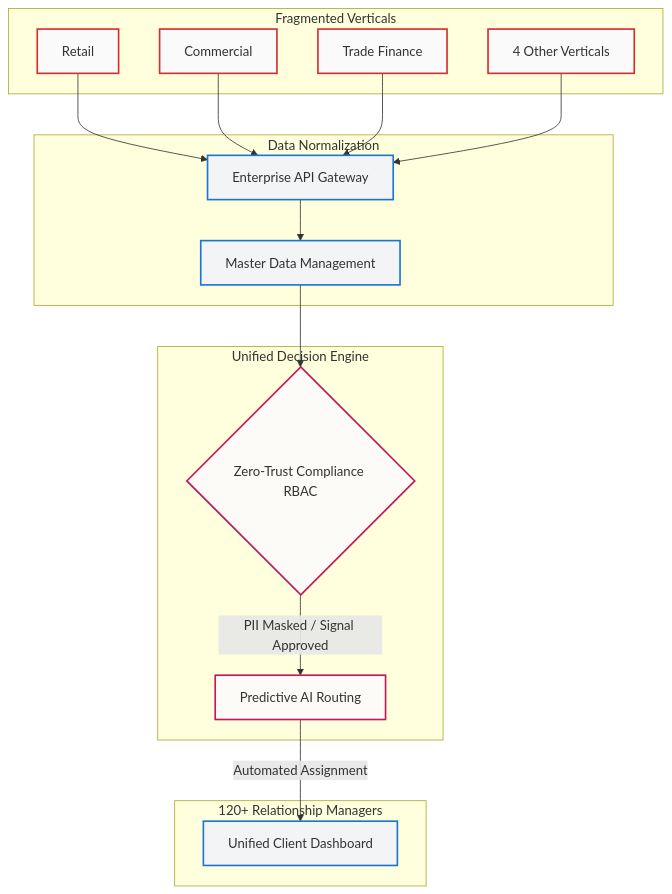
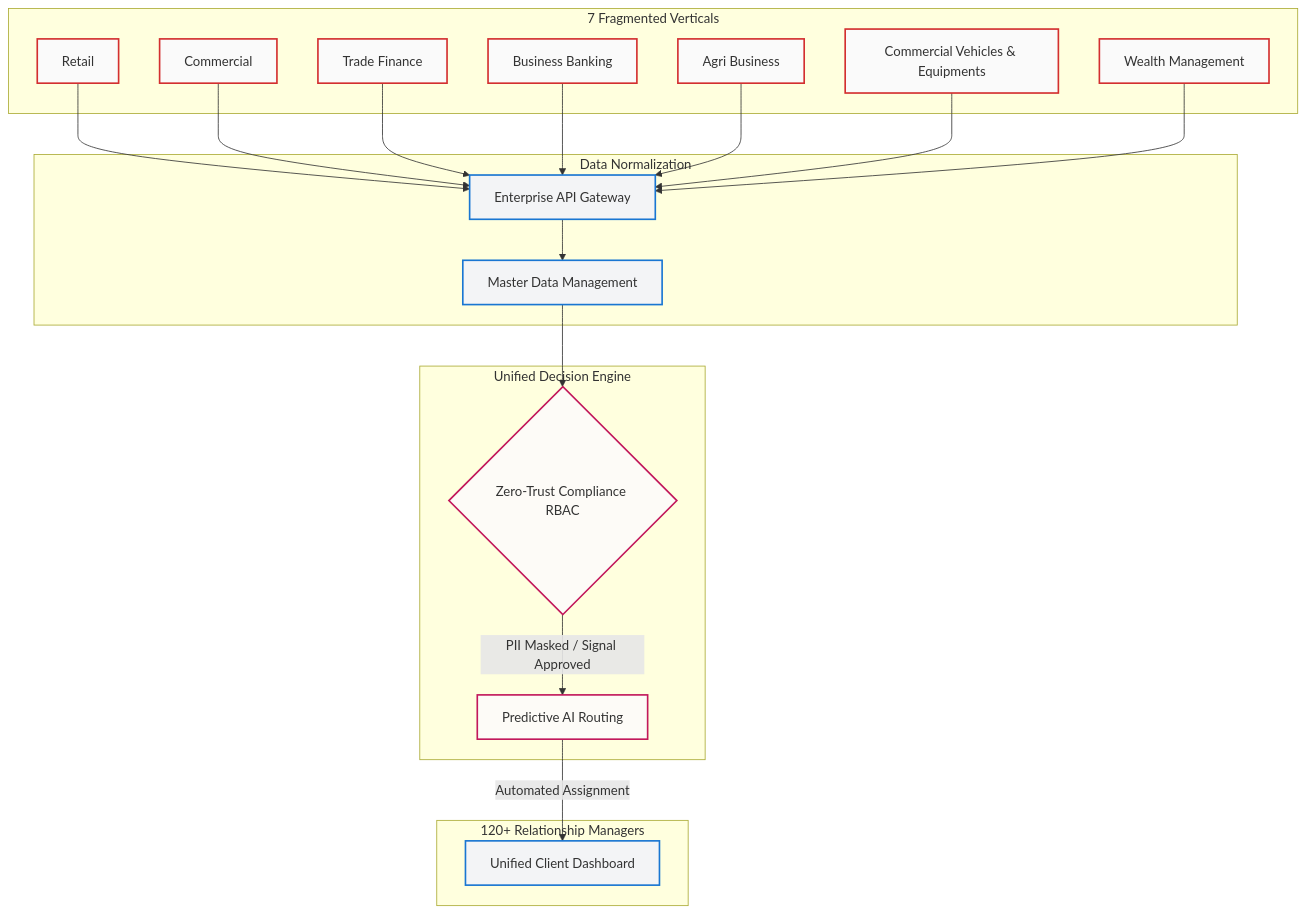
The first of 2 diagrams in README.md (pmatsresources/enterprise-crm-transformation), drawn with Mermaid before and after one commit. The commit also changed other lines of this file, not shown here.

First line of the commit message:
Update README with event-driven architecture details

````diff
--- a/README.md
+++ b/README.md
@@ -26,37 +32,43 @@
 ```mermaid
 graph TD
     classDef legacy fill:#fafafa,stroke:#d32f2f,stroke-width:2px;
     classDef middleware fill:#f3f4f6,stroke:#1976d2,stroke-width:2px;
     classDef oracle fill:#fdfbf7,stroke:#c2185b,stroke-width:2px;
 
-    subgraph Legacy Environment [Fragmented Verticals]
+    subgraph Legacy Environment [7 Fragmented Verticals]
         R[Retail]:::legacy
         C[Commercial]:::legacy
         T[Trade Finance]:::legacy
-        O[4 Other Verticals]:::legacy
+        BB[Business Banking]:::legacy
+        AB[Agri Business]:::legacy
+        CVE[Commercial Vehicles & Equipments]:::legacy
+        WM[Wealth Management]:::legacy
     end
 
     subgraph Middleware & Governance [Data Normalization]
         API[Enterprise API Gateway]:::middleware
         MDM[Master Data Management]:::middleware
     end
 
     subgraph Oracle CX AI Cloud [Unified Decision Engine]
         RBAC{Zero-Trust Compliance RBAC}:::oracle
         AI[Predictive AI Routing]:::oracle
     end
 
     subgraph Execution Layer [120+ Relationship Managers]
         UI[Unified Client Dashboard]:::middleware
     end
 
     R --> API
     C --> API
     T --> API
-    O --> API
+    BB --> API
+    AB --> API
+    CVE --> API
+    WM --> API
 
     API --> MDM
     MDM --> RBAC
     RBAC -->|PII Masked / Signal Approved| AI
     AI -->|Automated Assignment| UI
 ```
````
